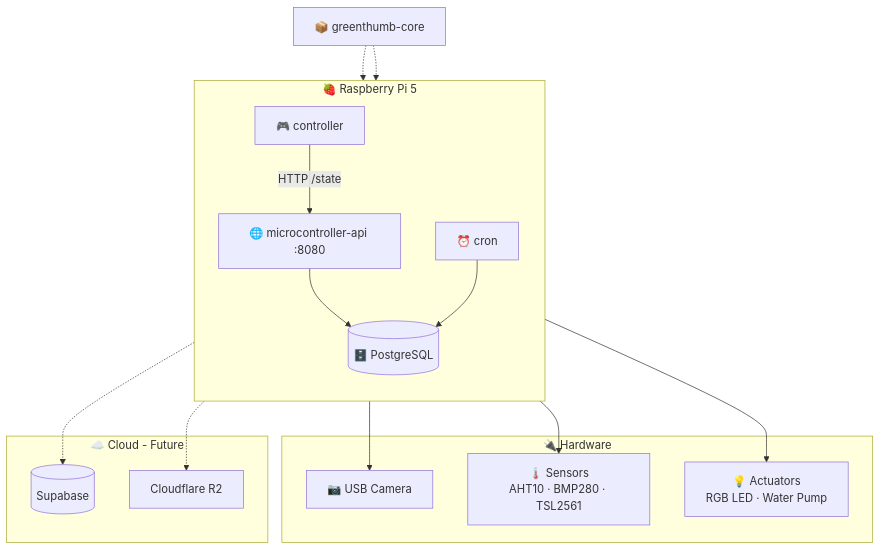
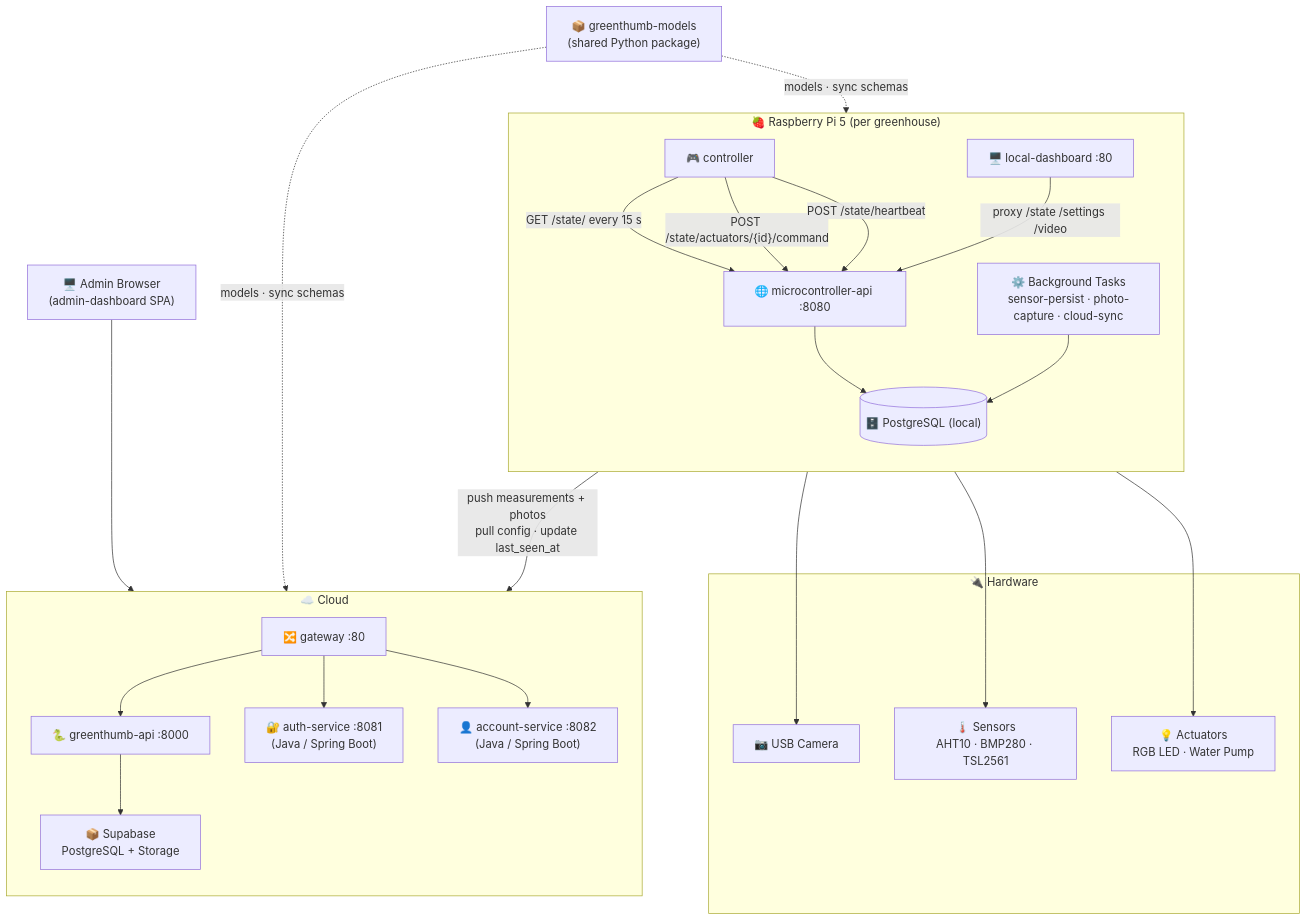
The first of 3 diagrams in docs/architecture/overview.md (GreenThumbProject/docs), drawn with Mermaid before and after one commit. The commit also changed other lines of this file and 12 other files, not shown here.

````diff
--- a/docs/architecture/overview.md
+++ b/docs/architecture/overview.md
@@ -7,43 +7,60 @@
 ```mermaid
 flowchart TB
-    subgraph RPI["🍓 Raspberry Pi 5"]
+    subgraph PI["🍓 Raspberry Pi 5 (per greenhouse)"]
         direction TB
         CTRL["🎮 controller"]
         API["🌐 microcontroller-api :8080"]
-        DB[("🗄️ PostgreSQL")]
-        CRON["⏰ cron"]
+        PIDB[("🗄️ PostgreSQL (local)")]
+        BG["⚙️ Background Tasks\nsensor-persist · photo-capture · cloud-sync"]
+        DASH["🖥️ local-dashboard :80"]
     end
-    
+
     subgraph HW["🔌 Hardware"]
         CAM["📷 USB Camera"]
-        SENSORS["🌡️ Sensors<br/>AHT10 · BMP280 · TSL2561"]
-        ACTUATORS["💡 Actuators<br/>RGB LED · Water Pump"]
+        SENSORS["🌡️ Sensors\nAHT10 · BMP280 · TSL2561"]
+        ACTUATORS["💡 Actuators\nRGB LED · Water Pump"]
     end
-    
-    subgraph CLOUD["☁️ Cloud - Future"]
-        SUPA[("Supabase")]
-        R2["Cloudflare R2"]
+
+    subgraph CLOUD["☁️ Cloud"]
+        direction TB
+        GW["🔀 gateway :80"]
+        FASTAPI["🐍 greenthumb-api :8000"]
+        AUTH["🔐 auth-service :8081\n(Java / Spring Boot)"]
+        ACCT["👤 account-service :8082\n(Java / Spring Boot)"]
+        SUPA["📦 Supabase\nPostgreSQL + Storage"]
     end
-    
-    CORE["📦 greenthumb-core"]
-    
-    %% Controller to API
-    CTRL -->|HTTP /state| API
-    
-    %% API to Hardware
+
+    BROWSER["🖥️ Admin Browser\n(admin-dashboard SPA)"]
+    MODELS["📦 greenthumb-models\n(shared Python package)"]
+
+    %% Controller ↔ API
+    CTRL -->|"GET /state/ every 15 s"| API
+    CTRL -->|"POST /state/actuators/{id}/command"| API
+    CTRL -->|"POST /state/heartbeat"| API
+
+    %% API ↔ Hardware
     API --> CAM
     API --> SENSORS
     API --> ACTUATORS
-    
-    %% Internal service connections
-    API --> DB
-    CRON --> DB
-    
-    %% Library
-    CORE -.-> CTRL
-    CORE -.-> API
-    
-    %% Future cloud
-    CRON -.-> SUPA
-    CRON -.-> R2
+
+    %% API ↔ local DB
+    API --> PIDB
+    BG --> PIDB
+
+    %% Dashboard ↔ API
+    DASH -->|"proxy /state /settings /video"| API
+
+    %% Pi ↔ Cloud
+    BG -->|"push measurements + photos\npull config · update last_seen_at"| GW
+    GW --> FASTAPI
+    GW --> AUTH
+    GW --> ACCT
+    FASTAPI --> SUPA
+
+    %% Admin browser ↔ Gateway
+    BROWSER --> GW
+
+    %% Shared library
+    MODELS -.->|"models · sync schemas"| API
+    MODELS -.->|"models · sync schemas"| FASTAPI
 ```
````
